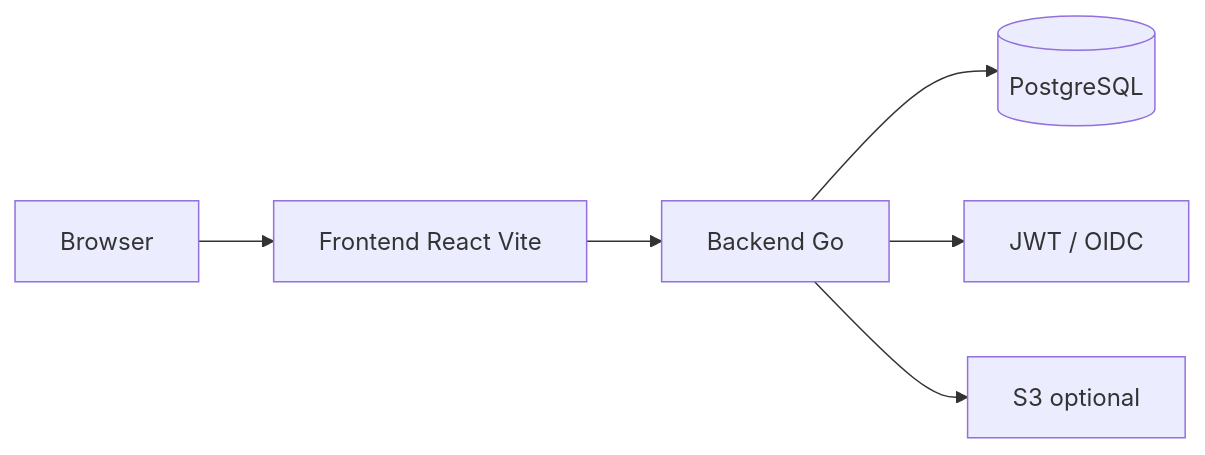
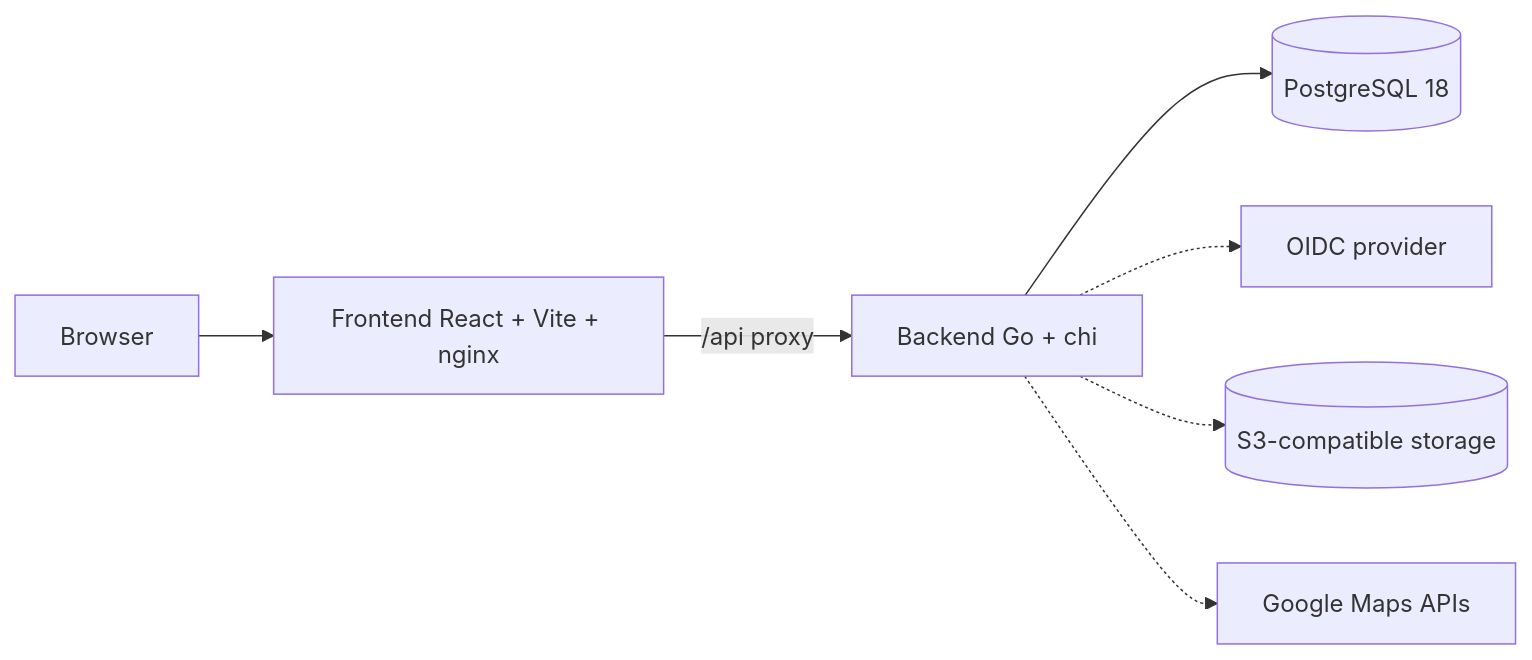
Before and after one commit to OberMarcLP/the-nom-database: the diagram in README.md, drawn with Mermaid. The commit also changed other lines of this file and 6 other files, not shown here.

````diff
--- a/README.md
+++ b/README.md
@@ -12,14 +28,16 @@
 ```mermaid
 flowchart LR
   Browser[Browser]
-  Frontend[Frontend React Vite]
-  Backend[Backend Go]
-  DB[(PostgreSQL)]
-  Auth[JWT / OIDC]
-  S3[S3 optional]
+  Frontend[Frontend React + Vite + nginx]
+  Backend[Backend Go + chi]
+  DB[(PostgreSQL 18)]
+  OIDC[OIDC provider]
+  S3[(S3-compatible storage)]
+  Maps[Google Maps APIs]
   Browser --> Frontend
-  Frontend --> Backend
+  Frontend -->|/api proxy| Backend
   Backend --> DB
-  Backend --> Auth
-  Backend --> S3
+  Backend -.-> OIDC
+  Backend -.-> S3
+  Backend -.-> Maps
 ```
````
